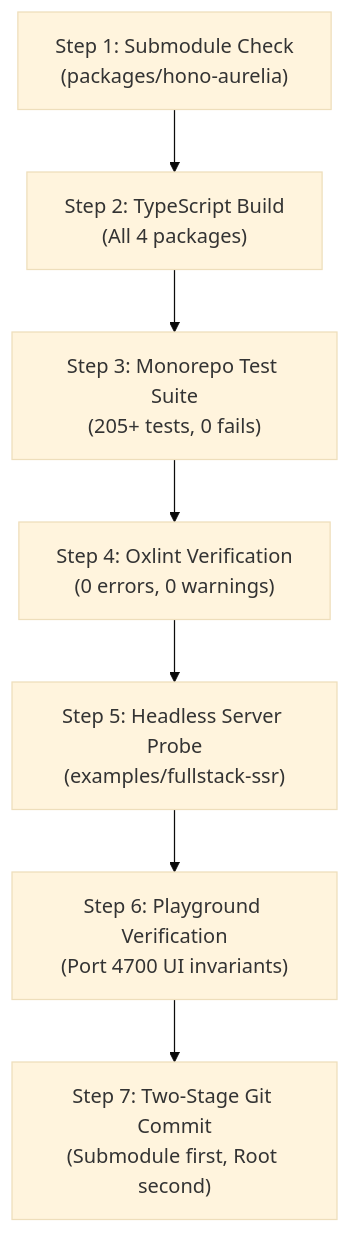
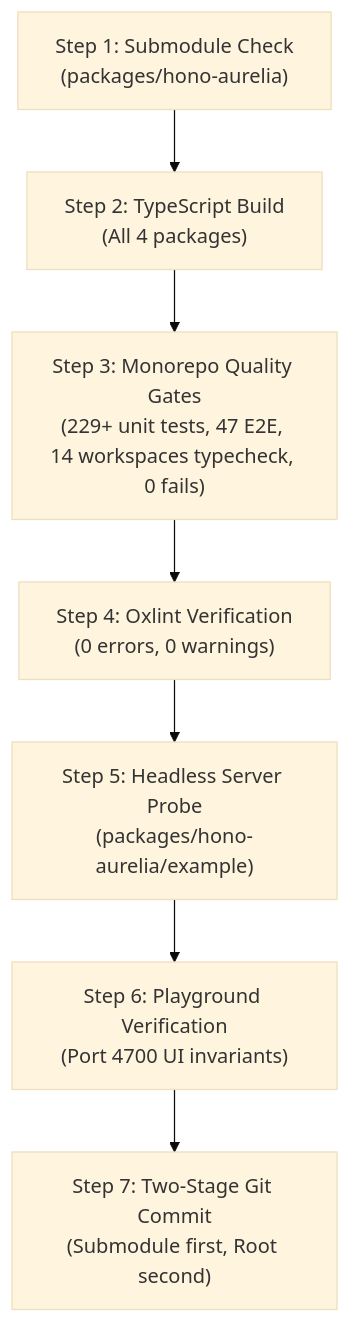
One commit to sandikodev/aureliajs changed the diagram in .agents/skills/aurelia-toolchain-auditor/SKILL.md. Above: the diagram before and after it, drawn with Mermaid (base theme). The commit also changed other lines of this file and 71 other files, not shown here.

````diff
--- a/.agents/skills/aurelia-toolchain-auditor/SKILL.md
+++ b/.agents/skills/aurelia-toolchain-auditor/SKILL.md
@@ -89,9 +89,9 @@
 ```mermaid
 flowchart TD
     A["Step 1: Submodule Check\n(packages/hono-aurelia)"] --> B["Step 2: TypeScript Build\n(All 4 packages)"]
-    B --> C["Step 3: Monorepo Test Suite\n(205+ tests, 0 fails)"]
+    B --> C["Step 3: Monorepo Quality Gates\n(229+ unit tests, 47 E2E, 14 workspaces typecheck, 0 fails)"]
     C --> D["Step 4: Oxlint Verification\n(0 errors, 0 warnings)"]
-    D --> E["Step 5: Headless Server Probe\n(examples/fullstack-ssr)"]
+    D --> E["Step 5: Headless Server Probe\n(packages/hono-aurelia/example)"]
     E --> F["Step 6: Playground Verification\n(Port 4700 UI invariants)"]
     F --> G["Step 7: Two-Stage Git Commit\n(Submodule first, Root second)"]
 ```
````
